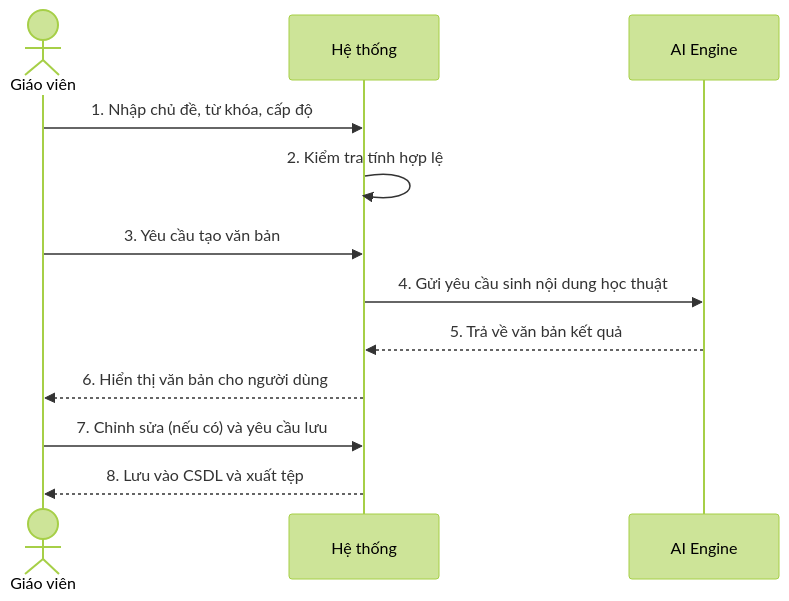
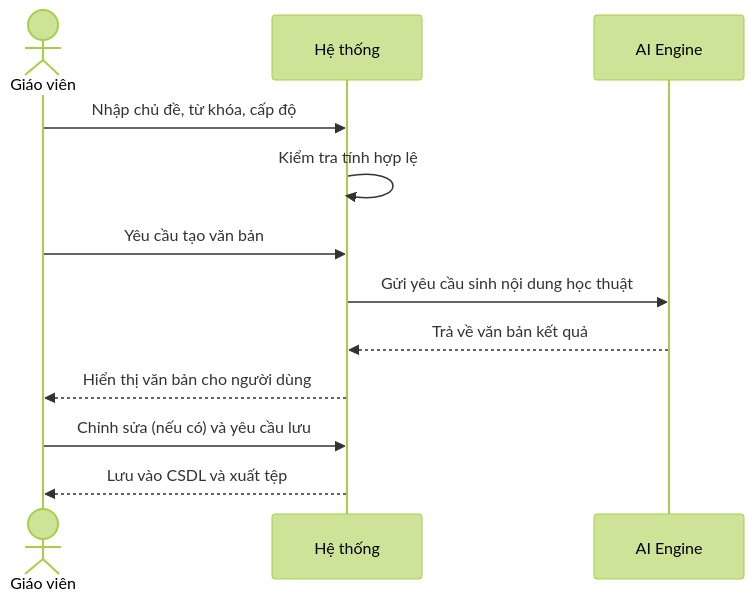
One commit to Cong-ty-TNNH-Q-Tech/Q-School changed the second of 4 diagrams in docs/nhom_1_soan_giang.md. Above: the diagram before and after it, drawn with Mermaid (forest theme). The commit also changed other lines of this file and 5 other files, not shown here.

Commit message:
docs: refine sequence diagrams logical flow and remove step numbers

````diff
--- a/docs/nhom_1_soan_giang.md
+++ b/docs/nhom_1_soan_giang.md
@@ -56,15 +56,15 @@
 ```mermaid
 sequenceDiagram
     actor GV as Giáo viên
     participant HT as Hệ thống
     participant AI as AI Engine
 
-    GV->>HT: 1. Nhập chủ đề, từ khóa, cấp độ
-    HT->>HT: 2. Kiểm tra tính hợp lệ
-    GV->>HT: 3. Yêu cầu tạo văn bản
-    HT->>AI: 4. Gửi yêu cầu sinh nội dung học thuật
-    AI-->>HT: 5. Trả về văn bản kết quả
-    HT-->>GV: 6. Hiển thị văn bản cho người dùng
-    GV->>HT: 7. Chỉnh sửa (nếu có) và yêu cầu lưu
-    HT-->>GV: 8. Lưu vào CSDL và xuất tệp
+    GV->>HT: Nhập chủ đề, từ khóa, cấp độ
+    HT->>HT: Kiểm tra tính hợp lệ
+    GV->>HT: Yêu cầu tạo văn bản
+    HT->>AI: Gửi yêu cầu sinh nội dung học thuật
+    AI-->>HT: Trả về văn bản kết quả
+    HT-->>GV: Hiển thị văn bản cho người dùng
+    GV->>HT: Chỉnh sửa (nếu có) và yêu cầu lưu
+    HT-->>GV: Lưu vào CSDL và xuất tệp
 ```
````
